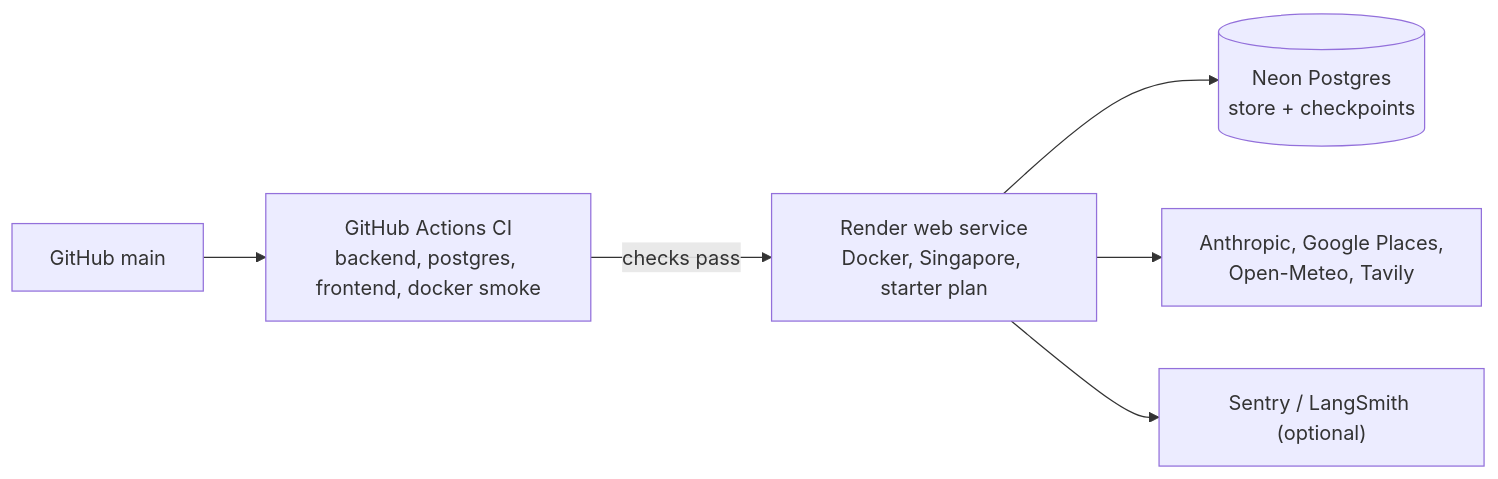
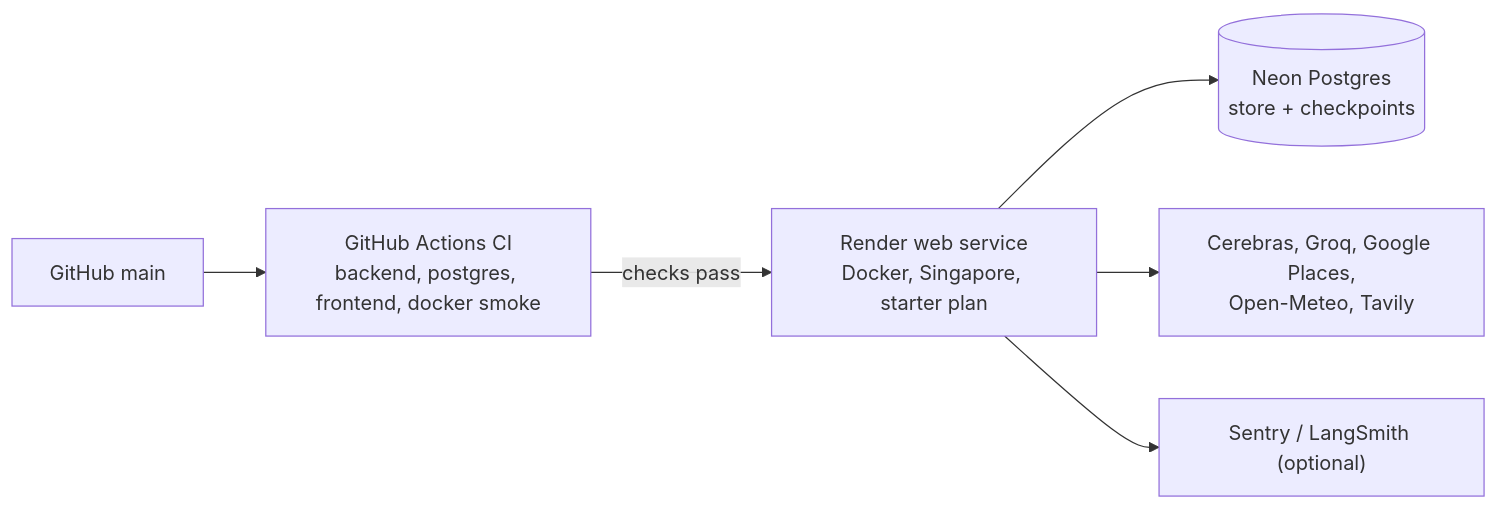
The sixth of 6 diagrams in docs/HLD.md (Vatsalya001/itinerary_planner), drawn with Mermaid before and after one commit. The commit also changed other lines of this file and 2 other files, not shown here.

````diff
--- a/docs/HLD.md
+++ b/docs/HLD.md
@@ -302,8 +315,8 @@
 ```mermaid
 flowchart LR
     gh["GitHub main"] --> ci["GitHub Actions CI<br/>backend, postgres, frontend, docker smoke"]
     ci -->|checks pass| render["Render web service<br/>Docker, Singapore, starter plan"]
     render --> neon[("Neon Postgres<br/>store + checkpoints")]
-    render --> apis["Anthropic, Google Places,<br/>Open-Meteo, Tavily"]
+    render --> apis["Cerebras, Groq, Google Places,<br/>Open-Meteo, Tavily"]
     render --> sentry["Sentry / LangSmith (optional)"]
 ```
````
